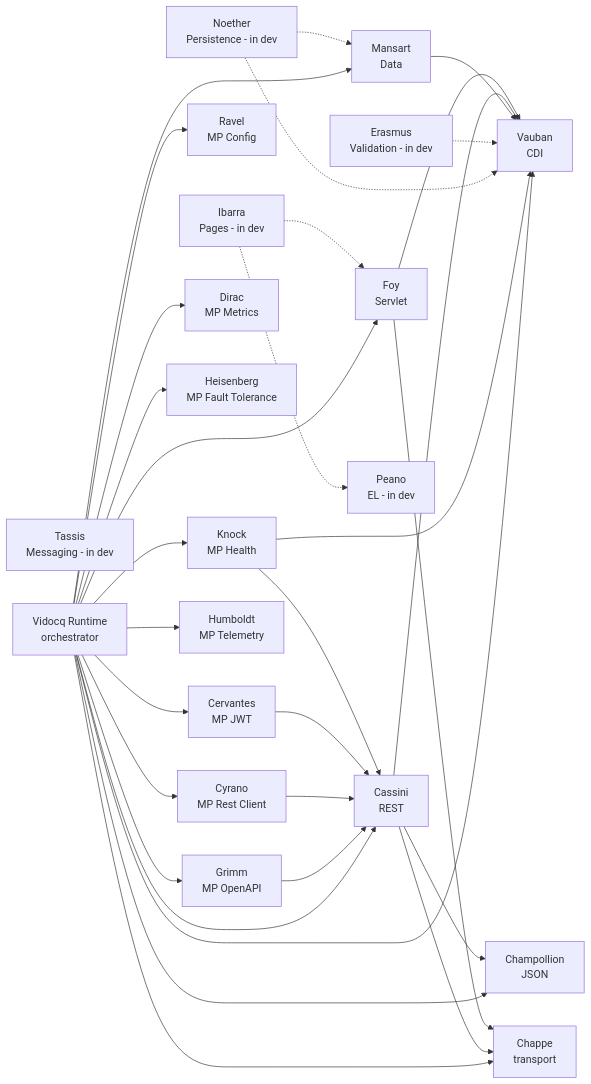
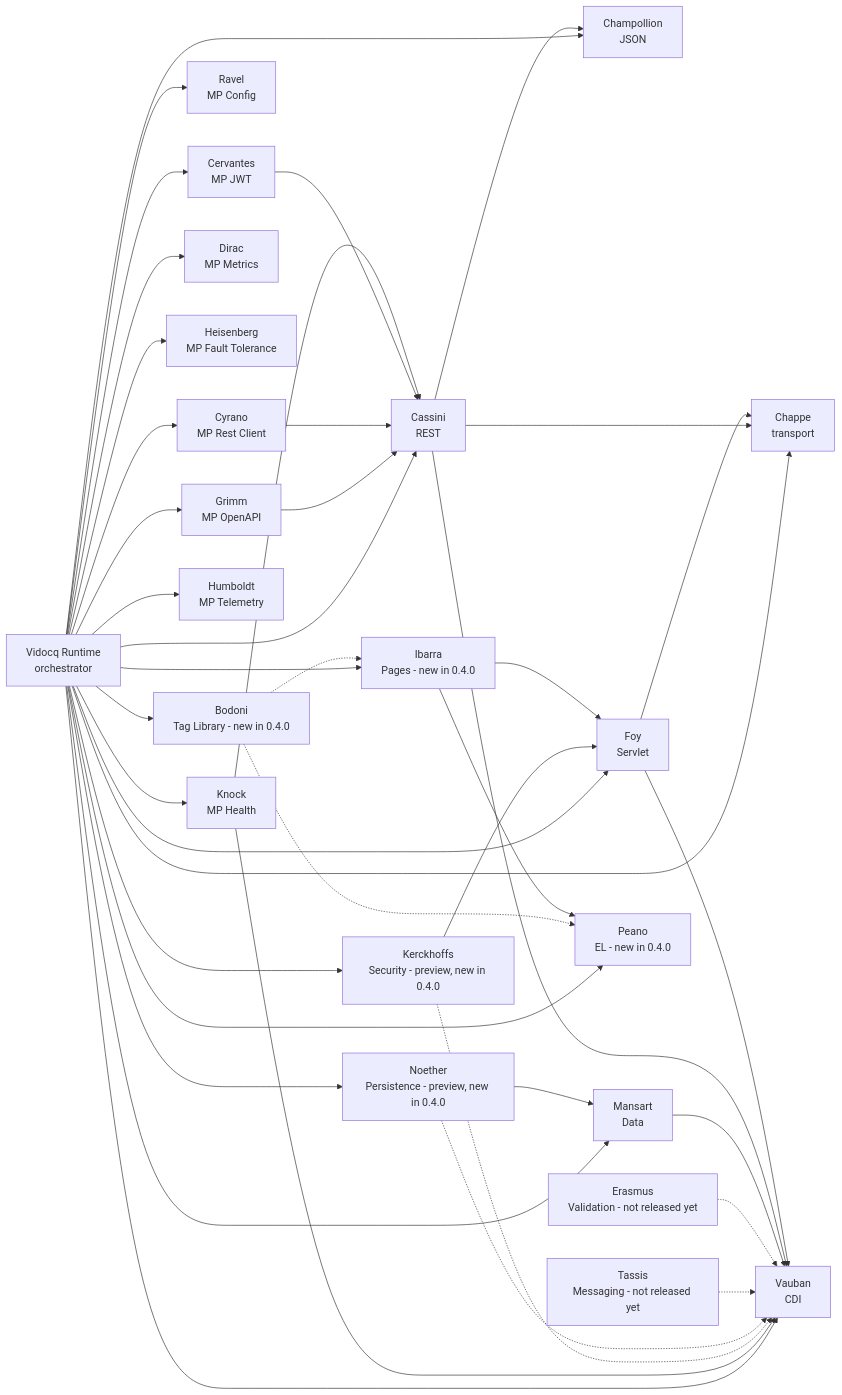
One commit to vidocq-stack/vidocq-docs changed the second of 2 diagrams in content/home/modules/ROOT/pages/architecture.adoc. Above: the diagram before and after it, drawn with Mermaid. The commit also changed other lines of this file and 11 other files, not shown here.

```diff
--- a/content/home/modules/ROOT/pages/architecture.adoc
+++ b/content/home/modules/ROOT/pages/architecture.adoc
@@ -73,55 +81,67 @@
 [mermaid]
 ....
 flowchart LR
     CHAPPE[Chappe<br/>transport]
     VAUBAN[Vauban<br/>CDI]
     CHAMPOLLION[Champollion<br/>JSON]
     FOY[Foy<br/>Servlet]
     CASSINI[Cassini<br/>REST]
     MANSART[Mansart<br/>Data]
-    NOETHER[Noether<br/>Persistence - in dev]
-    ERASMUS[Erasmus<br/>Validation - in dev]
-    PEANO[Peano<br/>EL - in dev]
-    IBARRA[Ibarra<br/>Pages - in dev]
-    TASSIS[Tassis<br/>Messaging - in dev]
+    NOETHER["Noether<br/>Persistence - preview, new in 0.4.0"]
+    KERCKHOFFS["Kerckhoffs<br/>Security - preview, new in 0.4.0"]
+    ERASMUS[Erasmus<br/>Validation - not released yet]
+    PEANO["Peano<br/>EL - new in 0.4.0"]
+    IBARRA["Ibarra<br/>Pages - new in 0.4.0"]
+    BODONI["Bodoni<br/>Tag Library - new in 0.4.0"]
+    TASSIS[Tassis<br/>Messaging - not released yet]
     RAVEL[Ravel<br/>MP Config]
     KNOCK[Knock<br/>MP Health]
     DIRAC[Dirac<br/>MP Metrics]
     HEISENBERG[Heisenberg<br/>MP Fault Tolerance]
     CERVANTES[Cervantes<br/>MP JWT]
     CYRANO[Cyrano<br/>MP Rest Client]
     HUMBOLDT[Humboldt<br/>MP Telemetry]
     GRIMM[Grimm<br/>MP OpenAPI]
     VIDOCQ[Vidocq Runtime<br/>orchestrator]
 
     FOY --> CHAPPE
     FOY --> VAUBAN
     CASSINI --> CHAPPE
     CASSINI --> VAUBAN
     CASSINI --> CHAMPOLLION
     MANSART --> VAUBAN
     ERASMUS -.-> VAUBAN
-    NOETHER -.-> MANSART
+    TASSIS -.-> VAUBAN
+    NOETHER --> MANSART
     NOETHER -.-> VAUBAN
-    IBARRA -.-> FOY
-    IBARRA -.-> PEANO
+    IBARRA --> FOY
+    IBARRA --> PEANO
+    BODONI -.-> IBARRA
+    BODONI -.-> PEANO
+    KERCKHOFFS --> FOY
+    KERCKHOFFS -.-> VAUBAN
     KNOCK --> CASSINI
     KNOCK --> VAUBAN
     CERVANTES --> CASSINI
     CYRANO --> CASSINI
     GRIMM --> CASSINI
     VIDOCQ --> FOY
     VIDOCQ --> CASSINI
     VIDOCQ --> VAUBAN
     VIDOCQ --> CHAMPOLLION
     VIDOCQ --> CHAPPE
     VIDOCQ --> MANSART
+    VIDOCQ --> PEANO
+    VIDOCQ --> IBARRA
+    VIDOCQ --> BODONI
+    VIDOCQ --> NOETHER
+    VIDOCQ --> KERCKHOFFS
     VIDOCQ --> RAVEL
     VIDOCQ --> KNOCK
     VIDOCQ --> DIRAC
     VIDOCQ --> HEISENBERG
     VIDOCQ --> CERVANTES
     VIDOCQ --> CYRANO
     VIDOCQ --> HUMBOLDT
     VIDOCQ --> GRIMM
 ....
```
